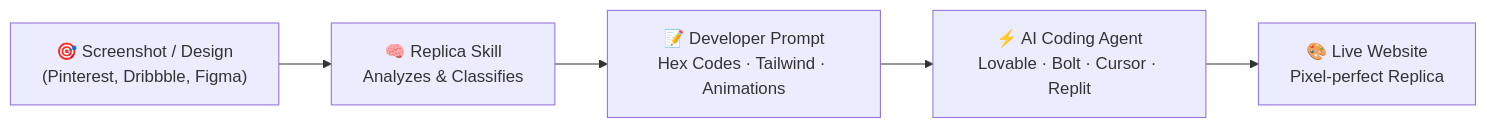
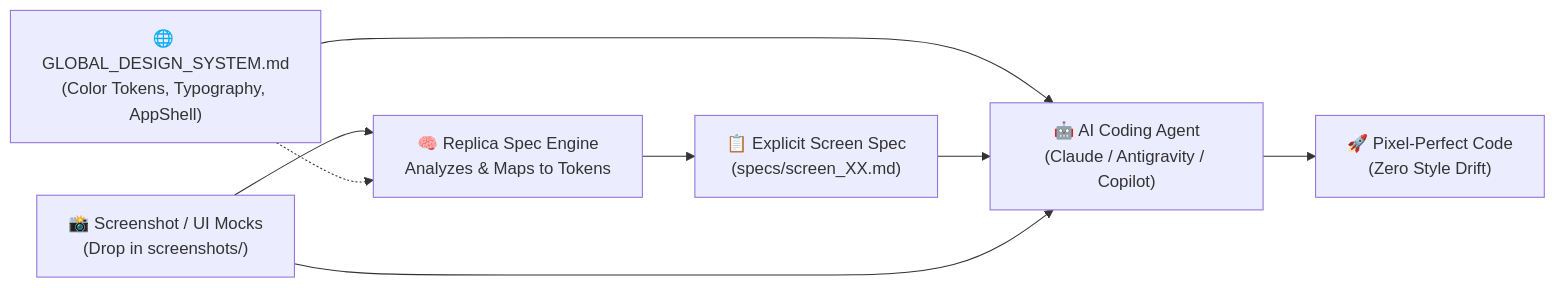
Before and after one commit to Devigget/Replica: the first of 2 diagrams in README.md, drawn with Mermaid. The commit also changed other lines of this file and 13 other files, not shown here.

````diff
--- a/README.md
+++ b/README.md
@@ -16,10 +13,15 @@
 ```mermaid
 flowchart LR
-    A["🎯 Screenshot / Design<br/>(Pinterest, Dribbble, Figma)"]
-    B["🧠 Replica Skill<br/>Analyzes & Classifies"]
-    C["📝 Developer Prompt<br/>Hex Codes · Tailwind · Animations"]
-    D["⚡ AI Coding Agent<br/>Lovable · Bolt · Cursor · Replit"]
-    E["🎨 Live Website<br/>Pixel-perfect Replica"]
+    A["📸 Screenshot / UI Mocks<br/>(Drop in screenshots/)"]
+    B["🧠 Replica Spec Engine<br/>Analyzes & Maps to Tokens"]
+    C["📋 Explicit Screen Spec<br/>(specs/screen_XX.md)"]
+    D["🤖 AI Coding Agent<br/>(Claude / Antigravity / Copilot)"]
+    E["🚀 Pixel-Perfect Code<br/>(Zero Style Drift)"]
 
-    A --> B --> C --> D --> E
+    A --> B --> C
+    G["🌐 GLOBAL_DESIGN_SYSTEM.md<br/>(Color Tokens, Typography, AppShell)"] -.-> B
+    G --> D
+    C --> D
+    A --> D
+    D --> E
 ```
````
